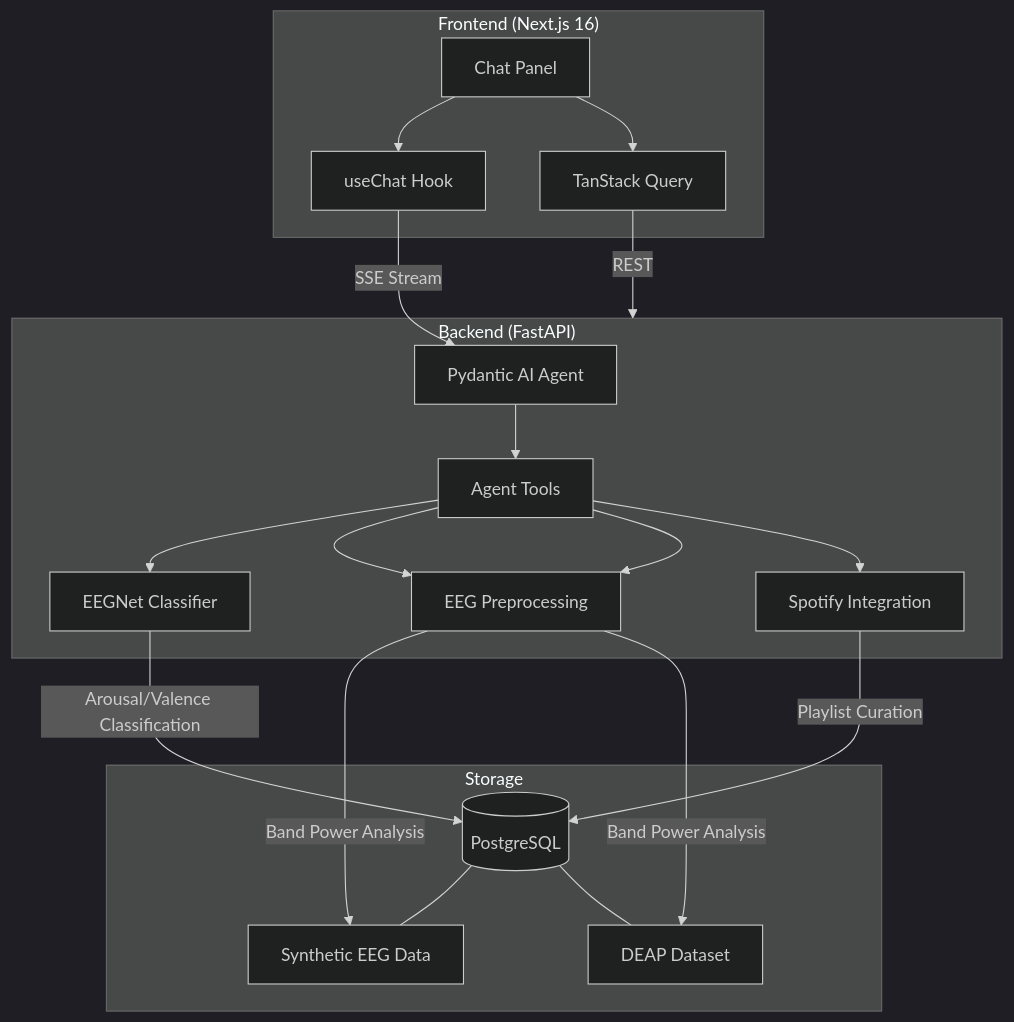
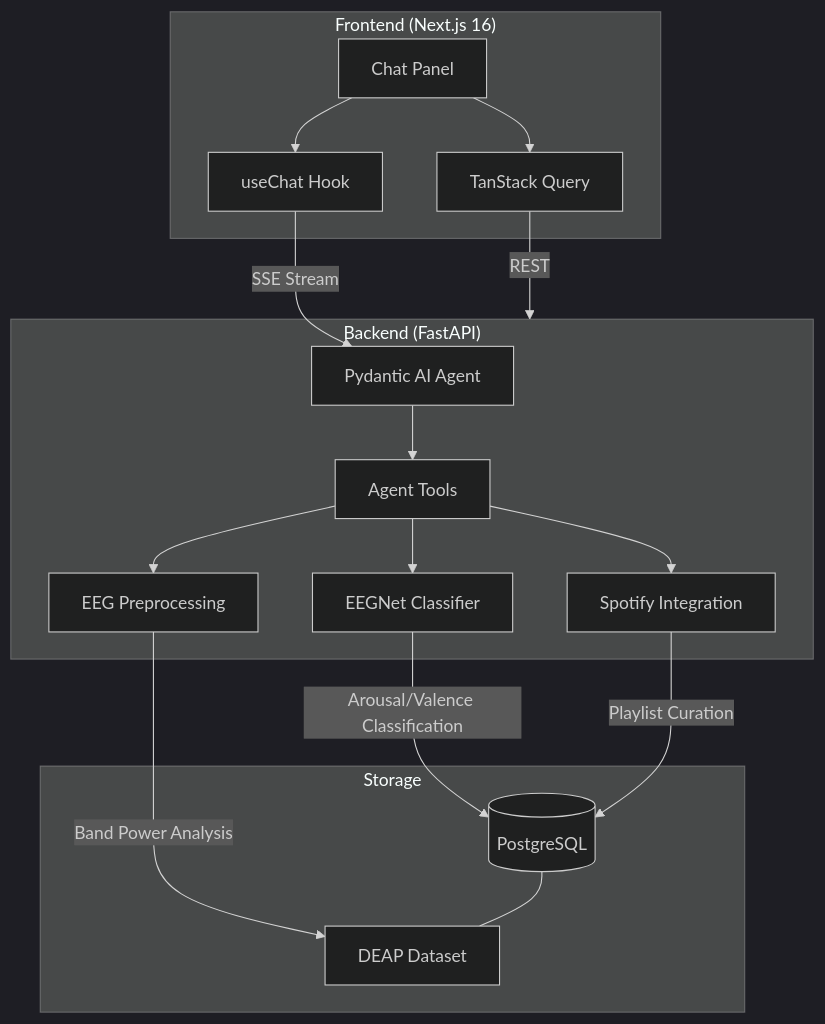
The diagram in README.md (LukeMainwaring/cortexdj), drawn with Mermaid (dark theme) before and after one commit. The commit also changed other lines of this file and 12 other files, not shown here.

Commit message:
clean up synthetic dataset flow

````diff
--- a/README.md
+++ b/README.md
@@ -7,32 +7,29 @@
 ```mermaid
 graph TB
     subgraph Frontend ["Frontend (Next.js 16)"]
         UI[Chat Panel]
         UC[useChat Hook]
         TQ[TanStack Query]
     end
 
     subgraph Backend ["Backend (FastAPI)"]
         Agent[Pydantic AI Agent]
         Tools[Agent Tools]
         EEGNet[EEGNet Classifier]
         Preprocess[EEG Preprocessing]
         Spotify[Spotify Integration]
     end
 
     subgraph Storage ["Storage"]
         PG[(PostgreSQL)]
-        Synth[Synthetic EEG Data]
         DEAP[DEAP Dataset]
     end
 
     UI --> UC -->|SSE Stream| Agent
     UI --> TQ -->|REST| Backend
     Agent --> Tools
     Tools --> EEGNet -->|Arousal/Valence Classification| PG
-    Tools --> Preprocess -->|Band Power Analysis| Synth
     Tools --> Preprocess -->|Band Power Analysis| DEAP
     Tools --> Spotify -->|Playlist Curation| PG
-    PG --- Synth
     PG --- DEAP
 ```
````
